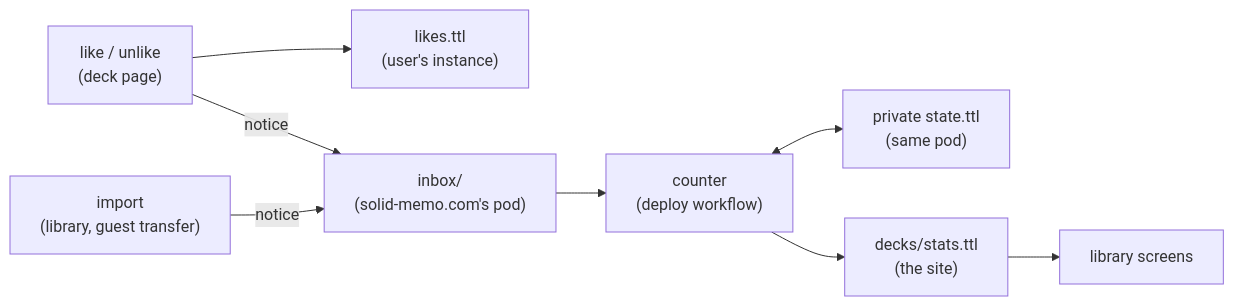
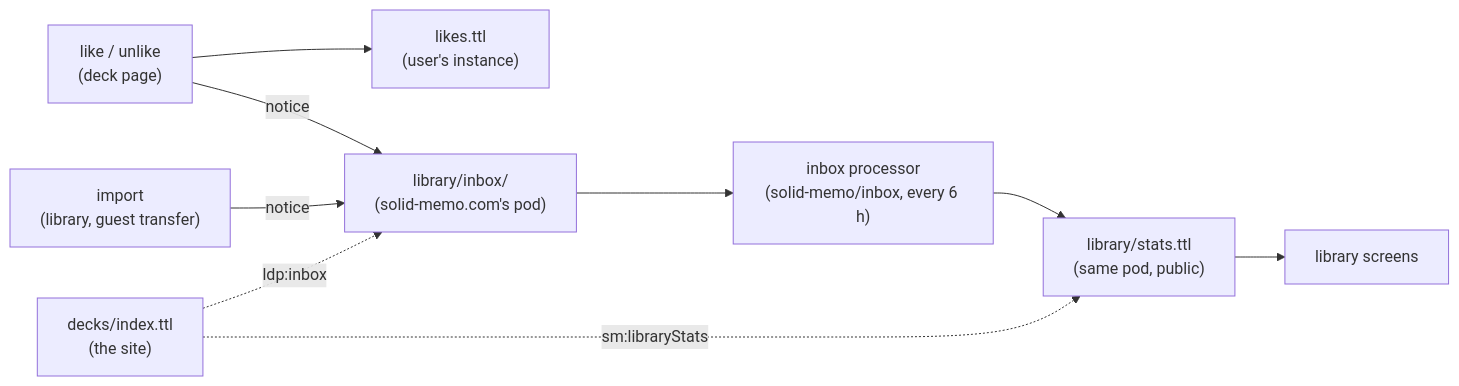
The diagram in docs/library-stats.md (antwika/solid-memo), drawn with Mermaid before and after one commit. The commit also changed other lines of this file and 34 other files, not shown here.

First line of the commit message:
Leave the library's counting to the inbox processor; read its stats from where the index says

````diff
--- a/docs/library-stats.md
+++ b/docs/library-stats.md
@@ -9,10 +11,11 @@
 ```mermaid
 flowchart LR
     like["like / unlike<br/>(deck page)"] --> likes["likes.ttl<br/>(user's instance)"]
-    like -->|notice| inbox["inbox/<br/>(solid-memo.com's pod)"]
+    like -->|notice| inbox["library/inbox/<br/>(solid-memo.com's pod)"]
     import["import<br/>(library, guest transfer)"] -->|notice| inbox
-    inbox --> counter["counter<br/>(deploy workflow)"]
-    counter <--> state["private state.ttl<br/>(same pod)"]
-    counter --> stats["decks/stats.ttl<br/>(the site)"]
+    inbox --> processor["inbox processor<br/>(solid-memo/inbox, every 6 h)"]
+    processor --> stats["library/stats.ttl<br/>(same pod, public)"]
+    index["decks/index.ttl<br/>(the site)"] -.->|ldp:inbox| inbox
+    index -.->|sm:libraryStats| stats
     stats --> app["library screens"]
 ```
````
